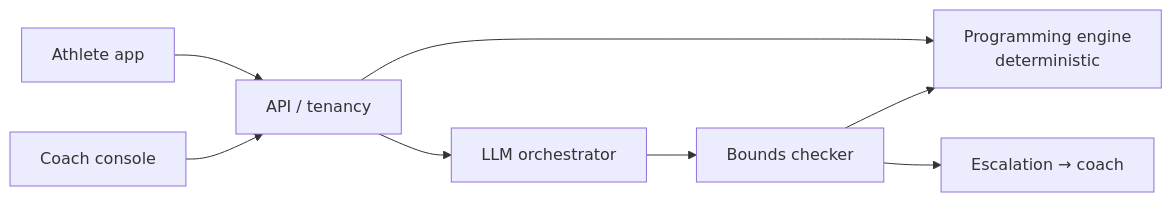
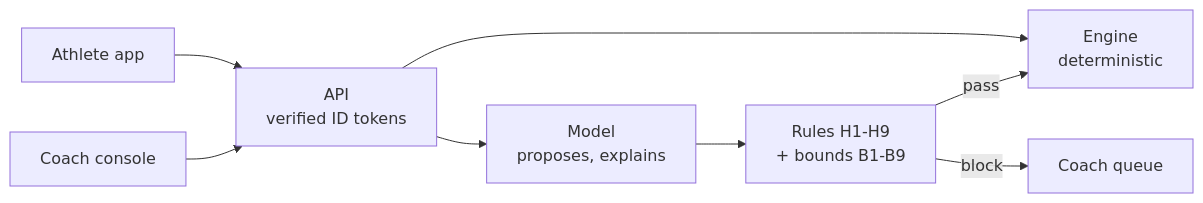
The diagram in README.md (OssamaMokhtar/PolySync), drawn with Mermaid before and after one commit. The commit also changed other lines of this file and 128 other files, not shown here.

````diff
--- a/README.md
+++ b/README.md
@@ -19,10 +79,10 @@
 ```mermaid
 flowchart LR
-  APP[Athlete app] --> API[API / tenancy]
+  APP[Athlete app] --> API[API<br/>verified ID tokens]
   CON[Coach console] --> API
-  API --> ENG[Programming engine<br/>deterministic]
-  API --> ORCH[LLM orchestrator]
-  ORCH --> GUARD[Bounds checker]
-  GUARD --> ENG
-  GUARD --> ESC[Escalation → coach]
+  API --> ENG[Engine<br/>deterministic]
+  API --> LLM[Model<br/>proposes, explains]
+  LLM --> CHK[Rules H1-H9<br/>+ bounds B1-B9]
+  CHK -->|pass| ENG
+  CHK -->|block| ESC[Coach queue]
 ```
````
